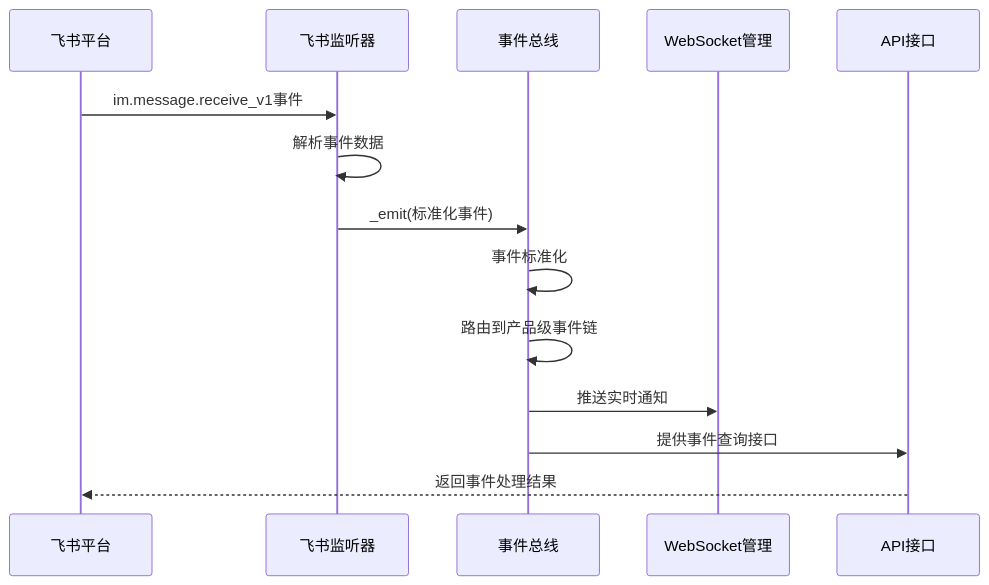
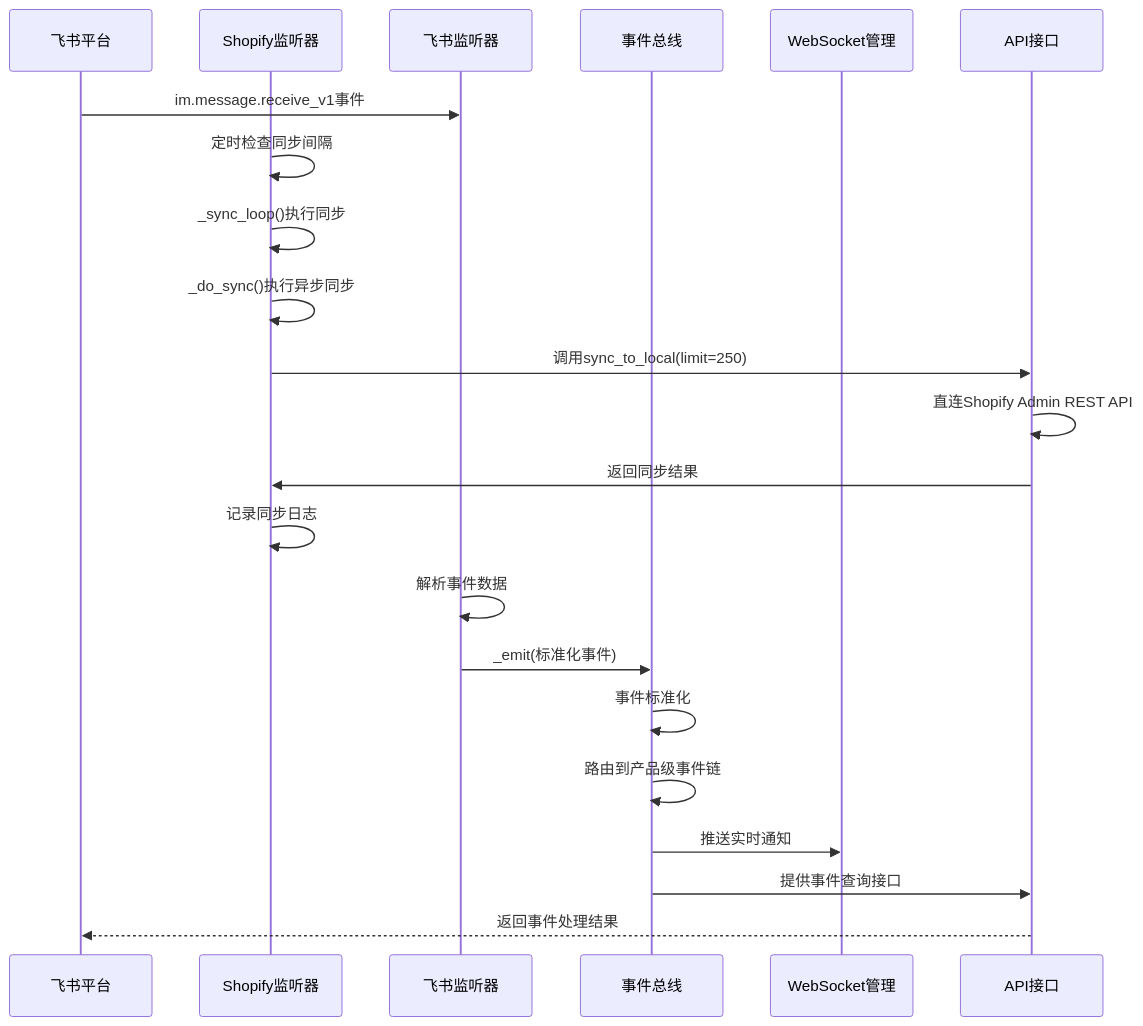
The second of 11 diagrams in .qoder/repowiki/zh/content/系统架构/事件驱动系统/事件监听器架构.md (angledick/-), drawn with Mermaid before and after one commit. The commit also changed other lines of this file and 313 other files, not shown here.

````diff
--- a/.qoder/repowiki/zh/content/系统架构/事件驱动系统/事件监听器架构.md
+++ b/.qoder/repowiki/zh/content/系统架构/事件驱动系统/事件监听器架构.md
@@ -124,16 +151,24 @@
 ```mermaid
 sequenceDiagram
-participant FS as 飞书平台
+participant SF as 飞书平台
+participant SL as Shopify监听器
 participant FL as 飞书监听器
 participant EB as 事件总线
 participant WS as WebSocket管理
 participant API as API接口
-FS->>FL : im.message.receive_v1事件
+SF->>FL : im.message.receive_v1事件
+SL->>SL : 定时检查同步间隔
+SL->>SL : _sync_loop()执行同步
+SL->>SL : _do_sync()执行异步同步
+SL->>API : 调用sync_to_local(limit=250)
+API->>API : 直连Shopify Admin REST API
+API->>SL : 返回同步结果
+SL->>SL : 记录同步日志
 FL->>FL : 解析事件数据
 FL->>EB : _emit(标准化事件)
 EB->>EB : 事件标准化
 EB->>EB : 路由到产品级事件链
 EB->>WS : 推送实时通知
 EB->>API : 提供事件查询接口
-API-->>FS : 返回事件处理结果
+API-->>SF : 返回事件处理结果
 ```
````
